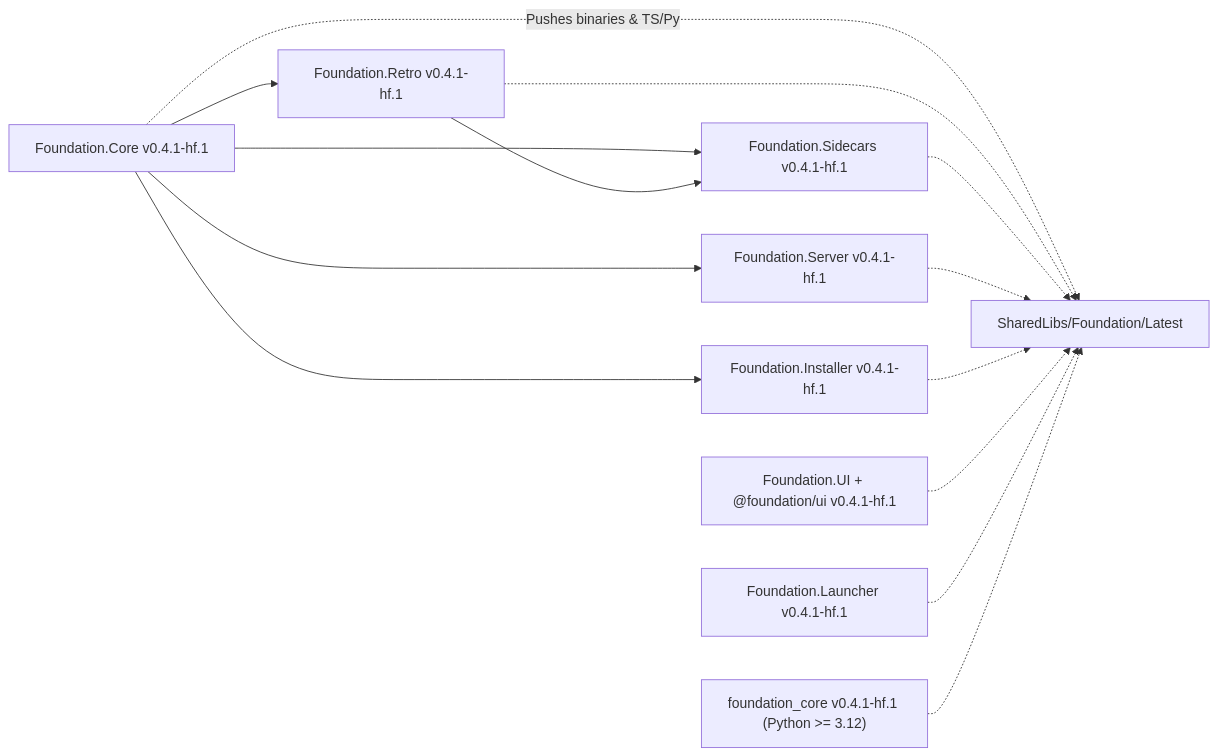
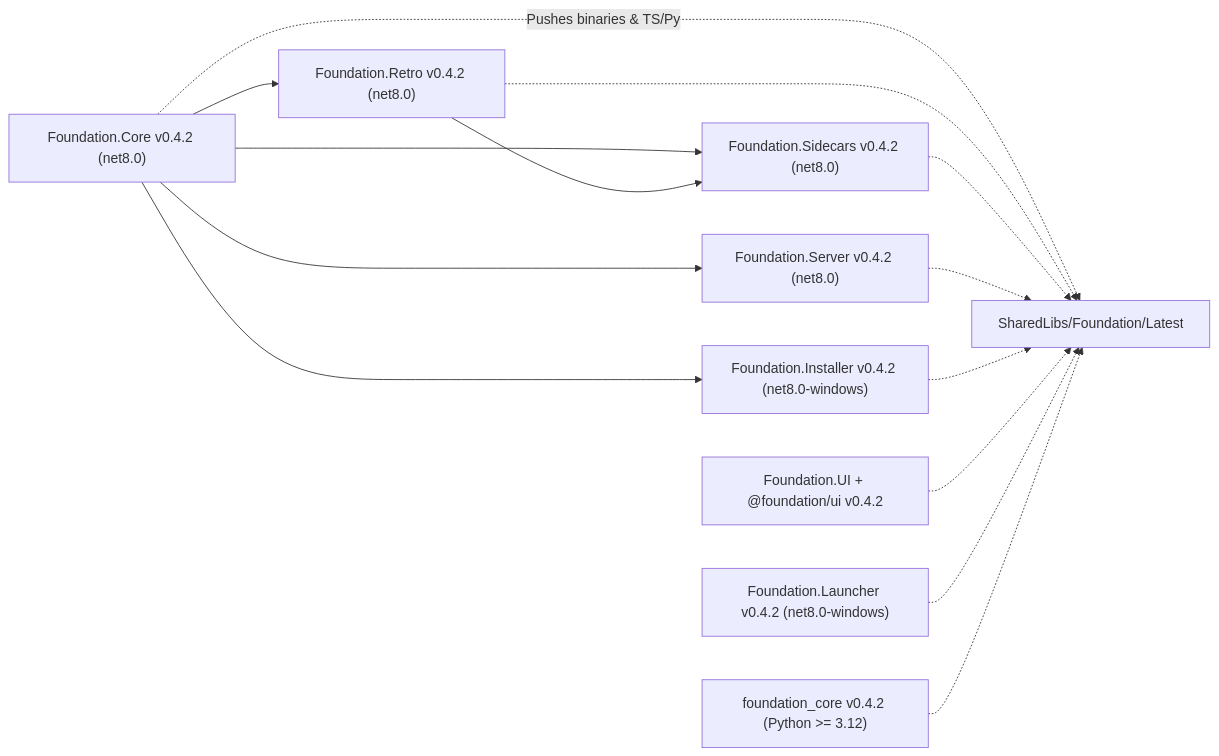
Before and after one commit to StreamItAllGit/Foundation: the diagram in Dev/docs/ARCHITECTURE.md, drawn with Mermaid. The commit also changed other lines of this file and 3 other files, not shown here.

Commit message:
docs(manual-shelf): update ARCHITECTURE, INTERFACES, USER_GUIDE, and OPERATIONS for v0.4.2 4-drive sandbox and pseudo-registry

````diff
--- a/Dev/docs/ARCHITECTURE.md
+++ b/Dev/docs/ARCHITECTURE.md
@@ -12,26 +12,26 @@
 ```mermaid
 flowchart LR
-    Core["Foundation.Core v0.4.1-hf.1"]
-    Retro["Foundation.Retro v0.4.1-hf.1"]
-    Sidecars["Foundation.Sidecars v0.4.1-hf.1"]
-    Server["Foundation.Server v0.4.1-hf.1"]
-    Installer["Foundation.Installer v0.4.1-hf.1"]
-    UI["Foundation.UI + @foundation/ui v0.4.1-hf.1"]
-    Launcher["Foundation.Launcher v0.4.1-hf.1"]
-    PyCore["foundation_core v0.4.1-hf.1 (Python >= 3.12)"]
+    Core["Foundation.Core v0.4.2 (net8.0)"]
+    Retro["Foundation.Retro v0.4.2 (net8.0)"]
+    Sidecars["Foundation.Sidecars v0.4.2 (net8.0)"]
+    Server["Foundation.Server v0.4.2 (net8.0)"]
+    Installer["Foundation.Installer v0.4.2 (net8.0-windows)"]
+    UI["Foundation.UI + @foundation/ui v0.4.2"]
+    Launcher["Foundation.Launcher v0.4.2 (net8.0-windows)"]
+    PyCore["foundation_core v0.4.2 (Python >= 3.12)"]
     Hub["SharedLibs/Foundation/Latest"]
 
     Core --> Retro
     Core --> Sidecars
     Retro --> Sidecars
     Core --> Server
     Core --> Installer
     Core -. "Pushes binaries & TS/Py" .-> Hub
     Retro -.-> Hub
     Sidecars -.-> Hub
     Server -.-> Hub
     Installer -.-> Hub
     UI -.-> Hub
     Launcher -.-> Hub
     PyCore -.-> Hub
 ```
````
